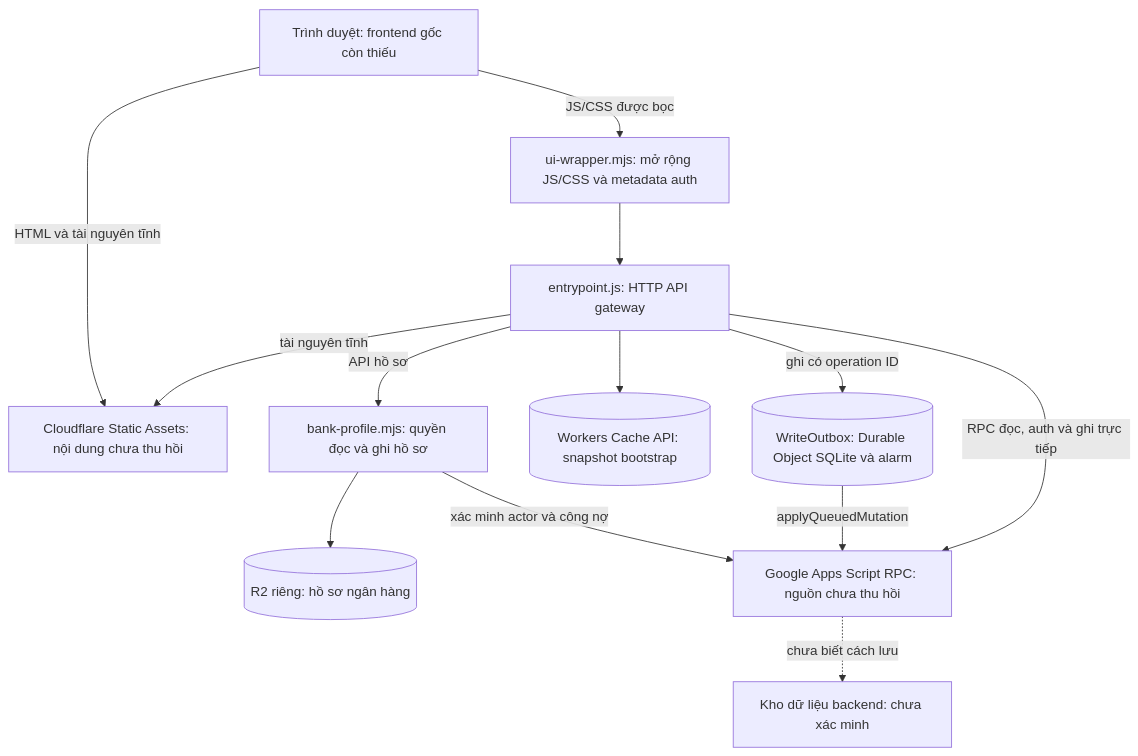
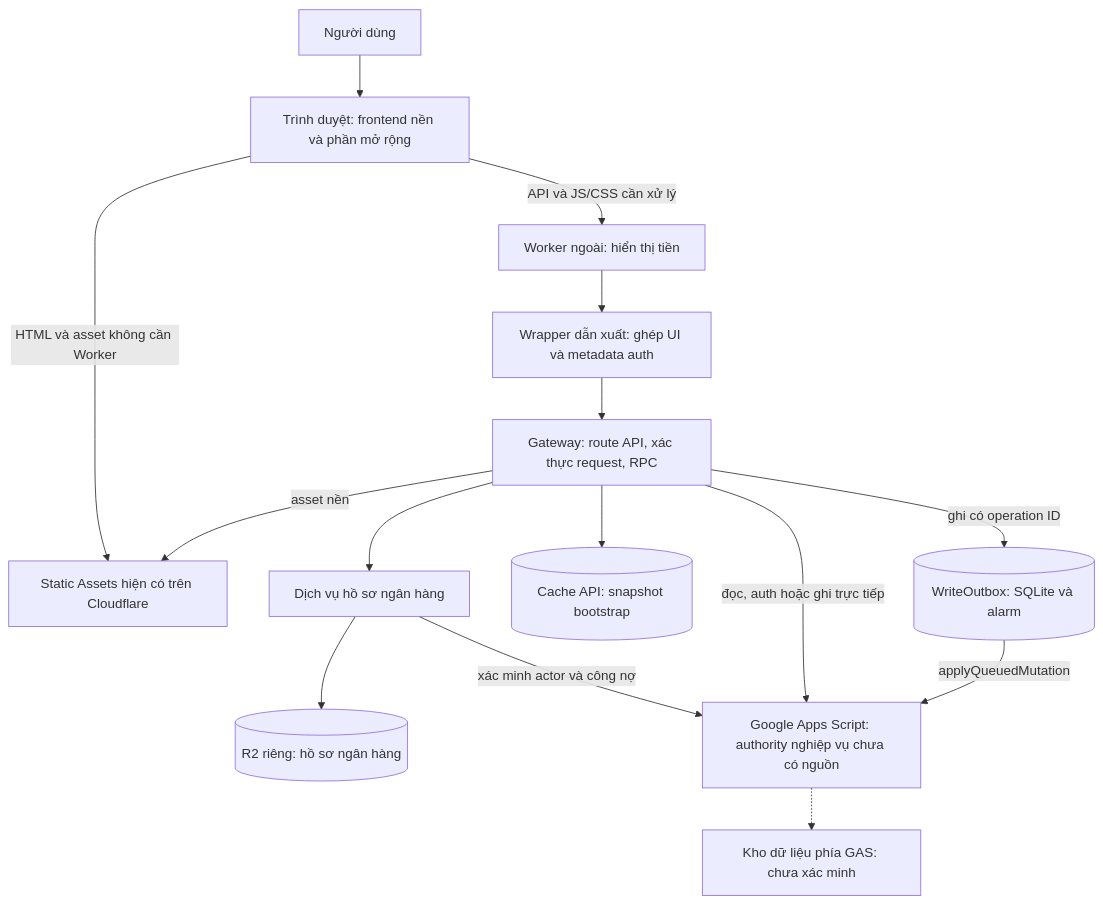
The first of 2 diagrams in docs/ARCHITECTURE.md (OrgGem/rpa-share-money), drawn with Mermaid before and after one commit. The commit also changed other lines of this file and 10 other files, not shown here.

First line of the commit message:
Rewrite expense app architecture after independent EGM review

````diff
--- a/docs/ARCHITECTURE.md
+++ b/docs/ARCHITECTURE.md
@@ -13,25 +43,29 @@
 ```mermaid
 flowchart TD
-    Browser[Trình duyệt: frontend gốc còn thiếu]
-    Assets[Cloudflare Static Assets: nội dung chưa thu hồi]
-    Wrapper[ui-wrapper.mjs: mở rộng JS/CSS và metadata auth]
-    Gateway[entrypoint.js: HTTP API gateway]
-    QR[bank-profile.mjs: quyền đọc và ghi hồ sơ]
+    User[Người dùng]
+    Browser[Trình duyệt: frontend nền và phần mở rộng]
+    Assets[Static Assets hiện có trên Cloudflare]
+    Money[Worker ngoài: hiển thị tiền]
+    Wrapper[Wrapper dẫn xuất: ghép UI và metadata auth]
+    Gateway[Gateway: route API, xác thực request, RPC]
+    Profiles[Dịch vụ hồ sơ ngân hàng]
     R2[(R2 riêng: hồ sơ ngân hàng)]
-    Cache[(Workers Cache API: snapshot bootstrap)]
-    Outbox[(WriteOutbox: Durable Object SQLite và alarm)]
-    GAS[Google Apps Script RPC: nguồn chưa thu hồi]
-    Store[Kho dữ liệu backend: chưa xác minh]
-    Browser -->|HTML và tài nguyên tĩnh| Assets
-    Browser -->|JS/CSS được bọc| Wrapper
+    Cache[(Cache API: snapshot bootstrap)]
+    Outbox[(WriteOutbox: SQLite và alarm)]
+    GAS[Google Apps Script: authority nghiệp vụ chưa có nguồn]
+    Unknown[Kho dữ liệu phía GAS: chưa xác minh]
+    User --> Browser
+    Browser -->|HTML và asset không cần Worker| Assets
+    Browser -->|API và JS/CSS cần xử lý| Money
+    Money --> Wrapper
     Wrapper --> Gateway
-    Gateway -->|tài nguyên tĩnh| Assets
-    Gateway -->|API hồ sơ| QR
-    QR --> R2
-    QR -->|xác minh actor và công nợ| GAS
+    Gateway -->|asset nền| Assets
+    Gateway --> Profiles
+    Profiles --> R2
+    Profiles -->|xác minh actor và công nợ| GAS
     Gateway --> Cache
     Gateway -->|ghi có operation ID| Outbox
+    Gateway -->|đọc, auth hoặc ghi trực tiếp| GAS
     Outbox -->|applyQueuedMutation| GAS
-    Gateway -->|RPC đọc, auth và ghi trực tiếp| GAS
-    GAS -. chưa biết cách lưu .-> Store
+    GAS -.-> Unknown
 ```
````
